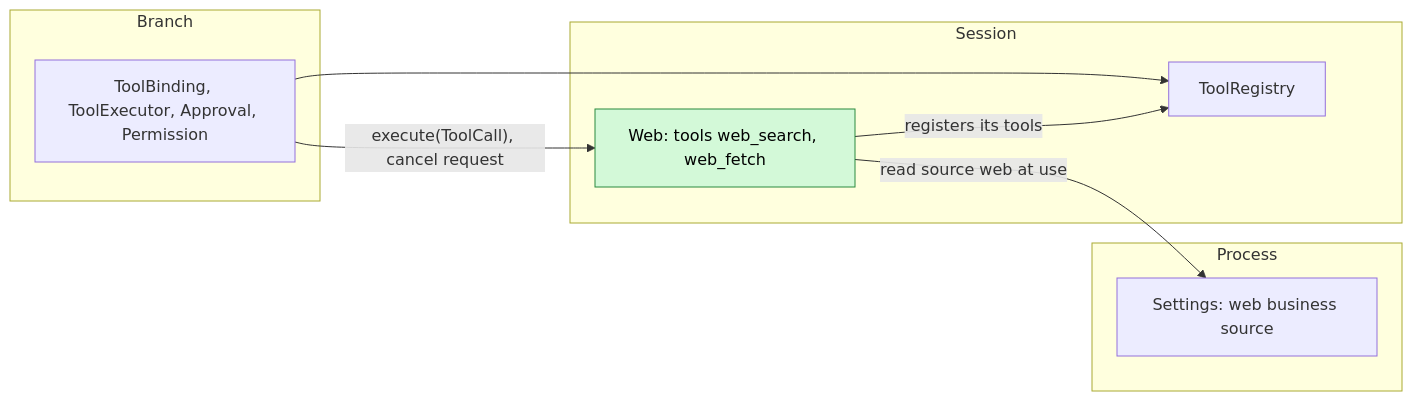
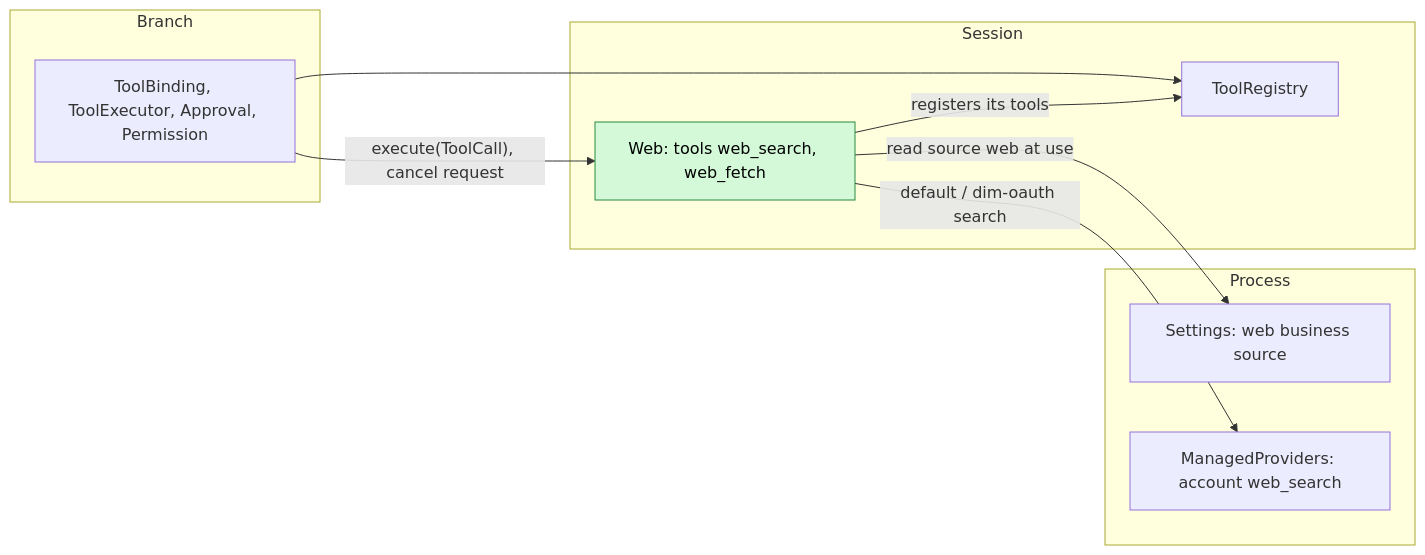
The first of 5 diagrams in docs/design/plugins/Web.md (CoutinhoTTS/dim-agent), drawn with Mermaid before and after one commit. The commit also changed other lines of this file and 44 other files, not shown here.

Commit message:
feat(web): migrate Web plugin to Rust and use Dim OAuth search by default

````diff
--- a/docs/design/plugins/Web.md
+++ b/docs/design/plugins/Web.md
@@ -9,18 +9,20 @@
 ```mermaid
 flowchart LR
   subgraph PROC["Process"]
     Settings["Settings: web business source"]
+    Managed["ManagedProviders: account web_search"]
   end
   subgraph SESS["Session"]
     Web["Web: tools web_search, web_fetch"]:::new
     ToolRegistry["ToolRegistry"]
   end
   subgraph BR["Branch"]
     Exec["ToolBinding, ToolExecutor, Approval, Permission"]
   end
   Web -->|"read source web at use"| Settings
+  Web -->|"default / dim-oauth search"| Managed
   Web -->|"registers its tools"| ToolRegistry
   Exec --> ToolRegistry
   Exec -->|"execute(ToolCall), cancel request"| Web
   classDef new fill:#d3f9d8,stroke:#2b8a3e,color:#000
 ```
````
